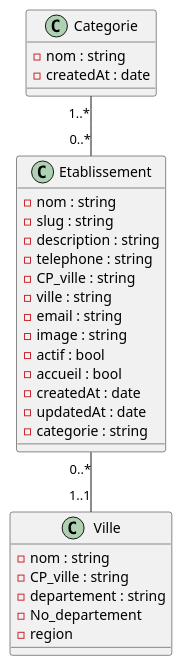
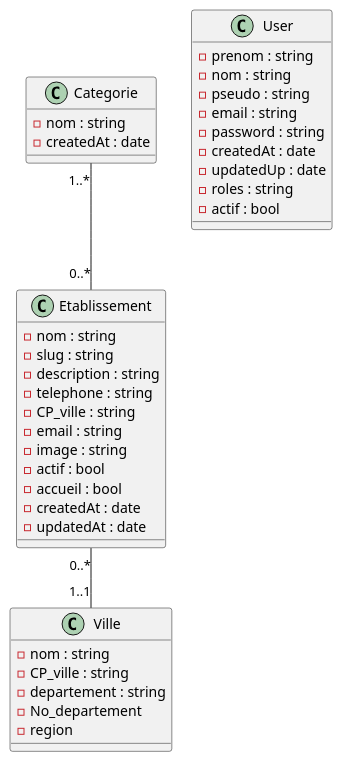
Before and after one commit to DryderXY/Fctourisme: the diagram in documentation/DiagrammeDeClasse.puml, drawn with PlantUML. The commit also changed 6 other files, not shown here.

```diff
--- a/documentation/DiagrammeDeClasse.puml
+++ b/documentation/DiagrammeDeClasse.puml
@@ -1,36 +1,46 @@
 @startuml
 
 class Etablissement {
     - nom : string
     - slug : string
     - description : string
     - telephone : string
     - CP_ville : string
-    - ville : string
     - email : string
     - image : string
     - actif : bool
     - accueil : bool
     - createdAt : date
     - updatedAt : date
-    - categorie : string
+}
+
+class User {
+    -prenom : string
+    -nom : string
+    -pseudo : string
+    -email : string
+    -password : string
+    -createdAt : date
+    -updatedUp : date
+    -roles : string
+    -actif : bool
 }
 
 class Ville {
     - nom : string
     - CP_ville : string
     - departement : string
     - No_departement
     - region
 }
 
 class Categorie {
     - nom : string
     - createdAt : date
 }
 
 Etablissement "0..*" -- "1..1" Ville
 Categorie "1..*" -- "0..*" Etablissement
 
 
 @enduml
```
